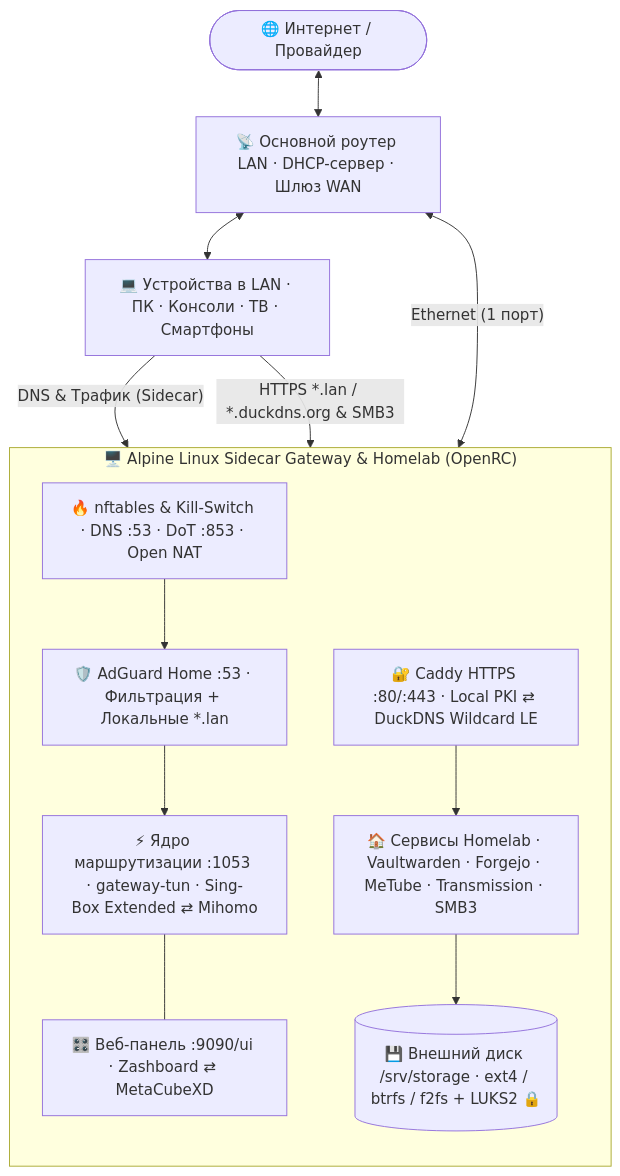
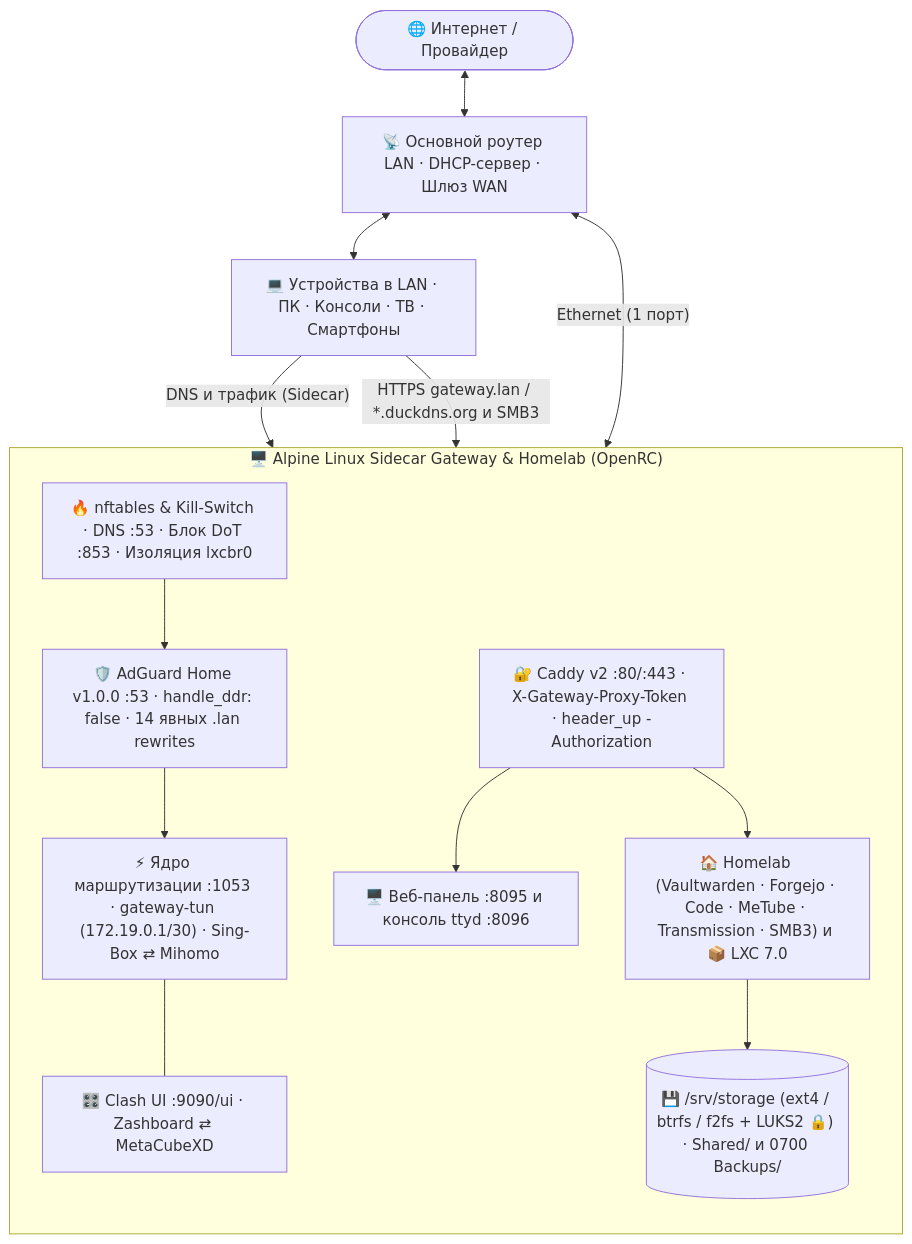
Before and after one commit to unknownpeace/lol: the diagram in README.ru.md, drawn with Mermaid. The commit also changed other lines of this file and 76 other files, not shown here.

````diff
--- a/README.ru.md
+++ b/README.ru.md
@@ -62,25 +84,27 @@
 ```mermaid
 flowchart TB
     ISP(["🌐 Интернет / Провайдер"]) <--> RTR["📡 Основной роутер LAN · DHCP-сервер · Шлюз WAN"]
     RTR <-->|"Ethernet (1 порт)"| GW
     RTR <--> LAN["💻 Устройства в LAN · ПК · Консоли · ТВ · Смартфоны"]
 
     subgraph GW ["🖥️ Alpine Linux Sidecar Gateway & Homelab (OpenRC)"]
         direction TB
-        NFT["🔥 nftables & Kill-Switch · DNS :53 · DoT :853 · Open NAT"]
-        AGH["🛡️ AdGuard Home :53 · Фильтрация + Локальные *.lan"]
-        CORE["⚡ Ядро маршрутизации :1053 · gateway-tun · Sing-Box Extended ⇄ Mihomo"]
-        UI["🎛️ Веб-панель :9090/ui · Zashboard ⇄ MetaCubeXD"]
-        CADDY["🔐 Caddy HTTPS :80/:443 · Local PKI ⇄ DuckDNS Wildcard LE"]
-        HL["🏠 Сервисы Homelab · Vaultwarden · Forgejo · MeTube · Transmission · SMB3"]
-        LUKS[("💾 Внешний диск /srv/storage · ext4 / btrfs / f2fs + LUKS2 🔒")]
+        NFT["🔥 nftables & Kill-Switch · DNS :53 · Блок DoT :853 · Изоляция lxcbr0"]
+        AGH["🛡️ AdGuard Home v1.0.0 :53 · handle_ddr: false · 14 явных .lan rewrites"]
+        CORE["⚡ Ядро маршрутизации :1053 · gateway-tun (172.19.0.1/30) · Sing-Box ⇄ Mihomo"]
+        UI["🎛️ Clash UI :9090/ui · Zashboard ⇄ MetaCubeXD"]
+        CADDY["🔐 Caddy v2 :80/:443 · X-Gateway-Proxy-Token · header_up -Authorization"]
+        WEBUI["🖥️ Веб-панель :8095 и консоль ttyd :8096"]
+        HL["🏠 Homelab (Vaultwarden · Forgejo · Code · MeTube · Transmission · SMB3) и 📦 LXC 7.0"]
+        LUKS[("💾 /srv/storage (ext4 / btrfs / f2fs + LUKS2 🔒) · Shared/ и 0700 Backups/")]
 
         NFT --> AGH --> CORE
         CORE --- UI
+        CADDY --> WEBUI
         CADDY --> HL
         HL --> LUKS
     end
 
-    LAN -->|"DNS & Трафик (Sidecar)"| NFT
-    LAN -->|"HTTPS *.lan / *.duckdns.org & SMB3"| CADDY
+    LAN -->|"DNS и трафик (Sidecar)"| NFT
+    LAN -->|"HTTPS gateway.lan / *.duckdns.org и SMB3"| CADDY
 ```
````
